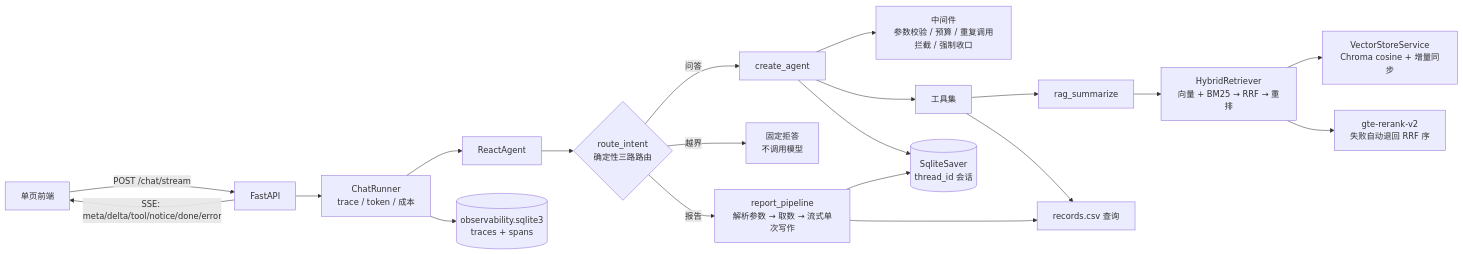
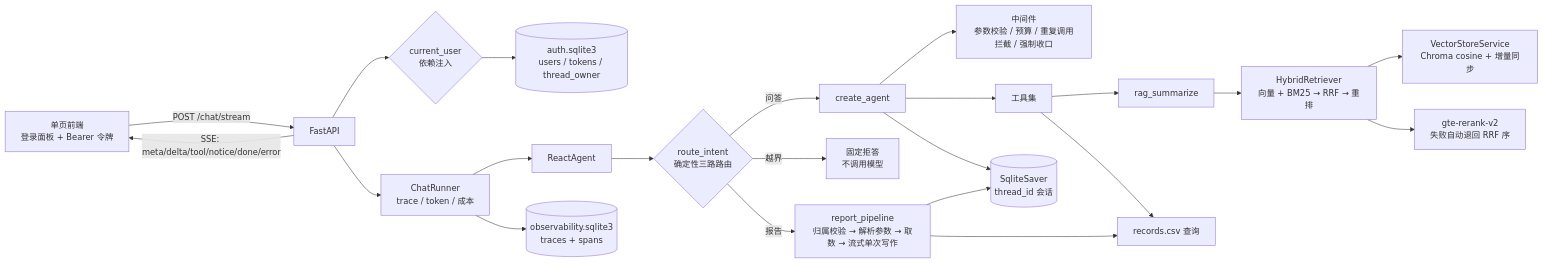
The first of 2 diagrams in docs/design.md (jadeji00/RAG_Service_Agent), drawn with Mermaid before and after one commit. The commit also changed other lines of this file and 16 other files, not shown here.

````diff
--- a/docs/design.md
+++ b/docs/design.md
@@ -18,22 +18,24 @@
 ```mermaid
 flowchart LR
-    U[单页前端] -->|POST /chat/stream| F[FastAPI]
+    U[单页前端<br/>登录面板 + Bearer 令牌] -->|POST /chat/stream| F[FastAPI]
     F -->|SSE: meta/delta/tool/notice/done/error| U
+    F --> CU{current_user<br/>依赖注入}
+    CU --> AU[(auth.sqlite3<br/>users / tokens / thread_owner)]
     F --> CR[ChatRunner<br/>trace / token / 成本]
     CR --> A[ReactAgent]
     A --> RT{route_intent<br/>确定性三路路由}
-    RT -->|报告| RP[report_pipeline<br/>解析参数 → 取数 → 流式单次写作]
+    RT -->|报告| RP[report_pipeline<br/>归属校验 → 解析参数 → 取数 → 流式单次写作]
     RT -->|越界| OOS[固定拒答<br/>不调用模型]
     RT -->|问答| G[create_agent]
     G --> M[中间件<br/>参数校验 / 预算 / 重复调用拦截 / 强制收口]
     G --> T[工具集]
     T --> R[rag_summarize]
     R --> HY[HybridRetriever<br/>向量 + BM25 → RRF → 重排]
     HY --> V[VectorStoreService<br/>Chroma cosine + 增量同步]
     HY --> RR[gte-rerank-v2<br/>失败自动退回 RRF 序]
     T --> C[records.csv 查询]
     RP --> C
     G --> K[(SqliteSaver<br/>thread_id 会话)]
     RP --> K
     CR --> OB[(observability.sqlite3<br/>traces + spans)]
 ```
````
